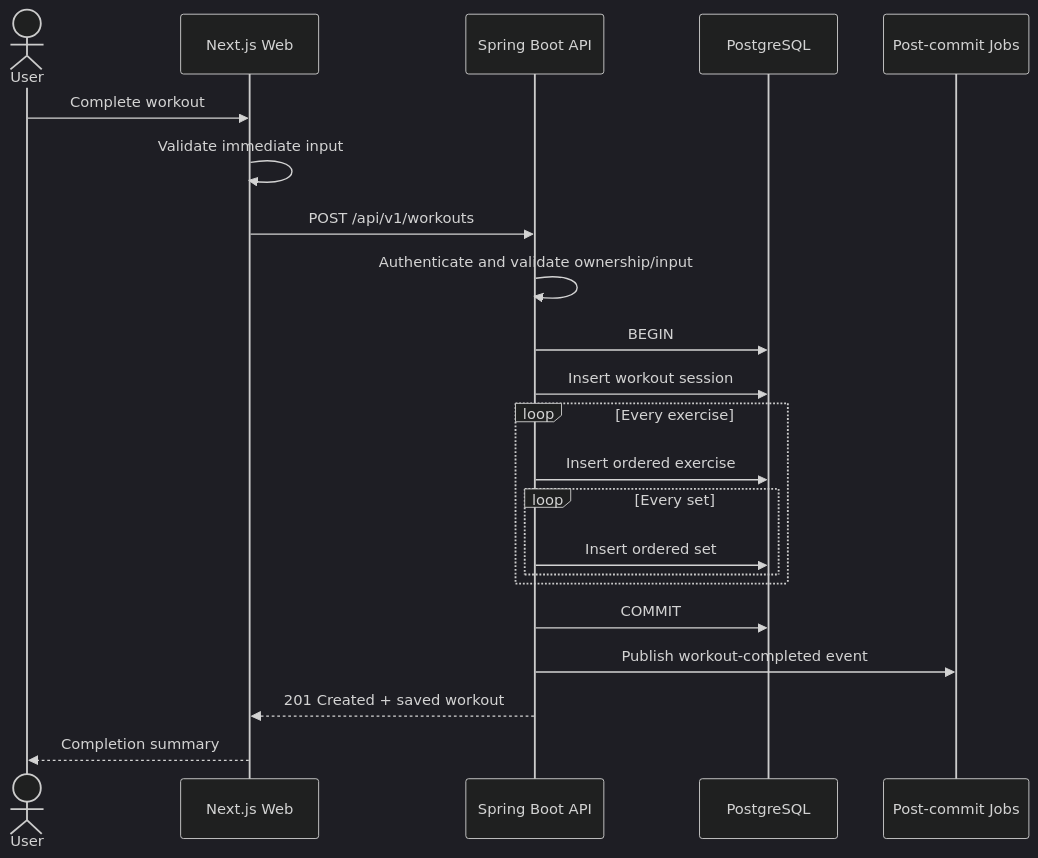
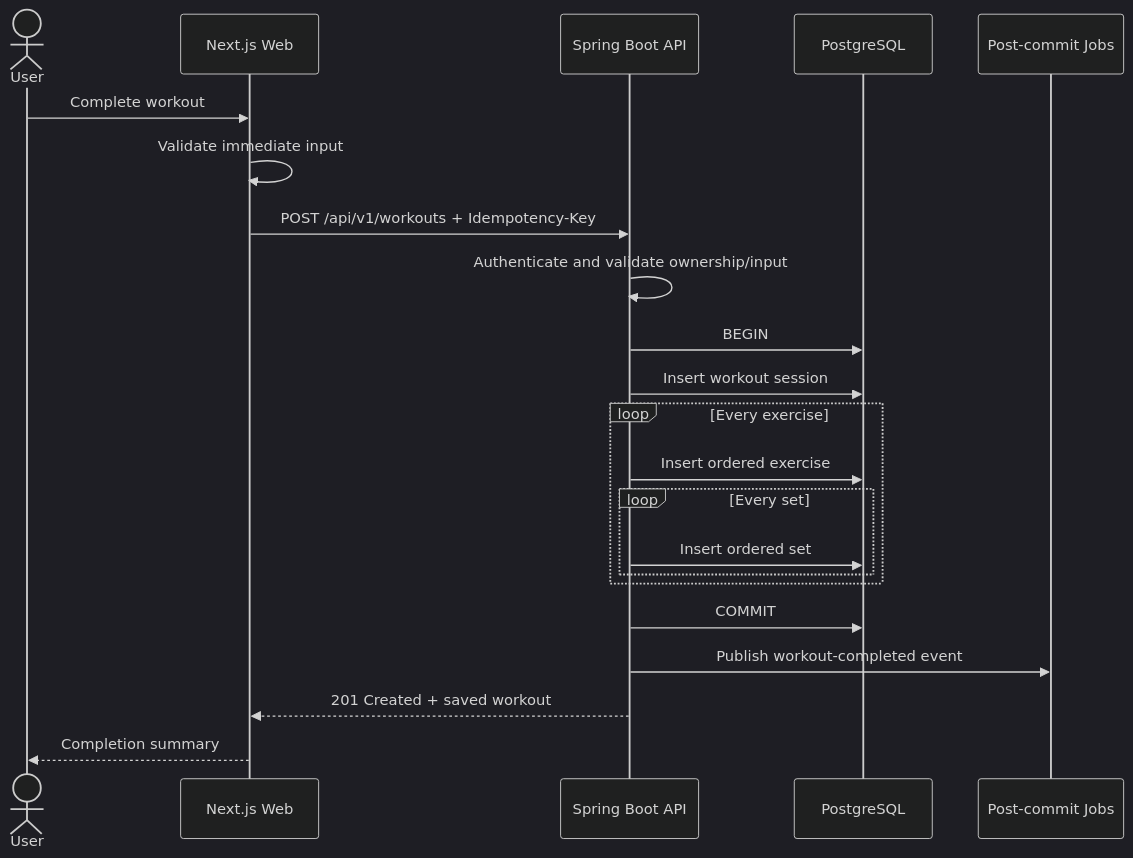
One commit to eszy09/Project_MT changed the first of 3 diagrams in documentation/architecture/sequences/WORKOUT_LIFECYCLE.md. Above: the diagram before and after it, drawn with Mermaid (dark theme). The commit also changed other lines of this file and 12 other files, not shown here.

````diff
--- a/documentation/architecture/sequences/WORKOUT_LIFECYCLE.md
+++ b/documentation/architecture/sequences/WORKOUT_LIFECYCLE.md
@@ -5,25 +5,25 @@
 ```mermaid
 sequenceDiagram
   actor User
   participant Web as Next.js Web
   participant API as Spring Boot API
   participant DB as PostgreSQL
   participant Jobs as Post-commit Jobs
 
   User->>Web: Complete workout
   Web->>Web: Validate immediate input
-  Web->>API: POST /api/v1/workouts
+  Web->>API: POST /api/v1/workouts + Idempotency-Key
   API->>API: Authenticate and validate ownership/input
   API->>DB: BEGIN
   API->>DB: Insert workout session
   loop Every exercise
     API->>DB: Insert ordered exercise
     loop Every set
       API->>DB: Insert ordered set
     end
   end
   API->>DB: COMMIT
   API->>Jobs: Publish workout-completed event
   API-->>Web: 201 Created + saved workout
   Web-->>User: Completion summary
 ```
````
